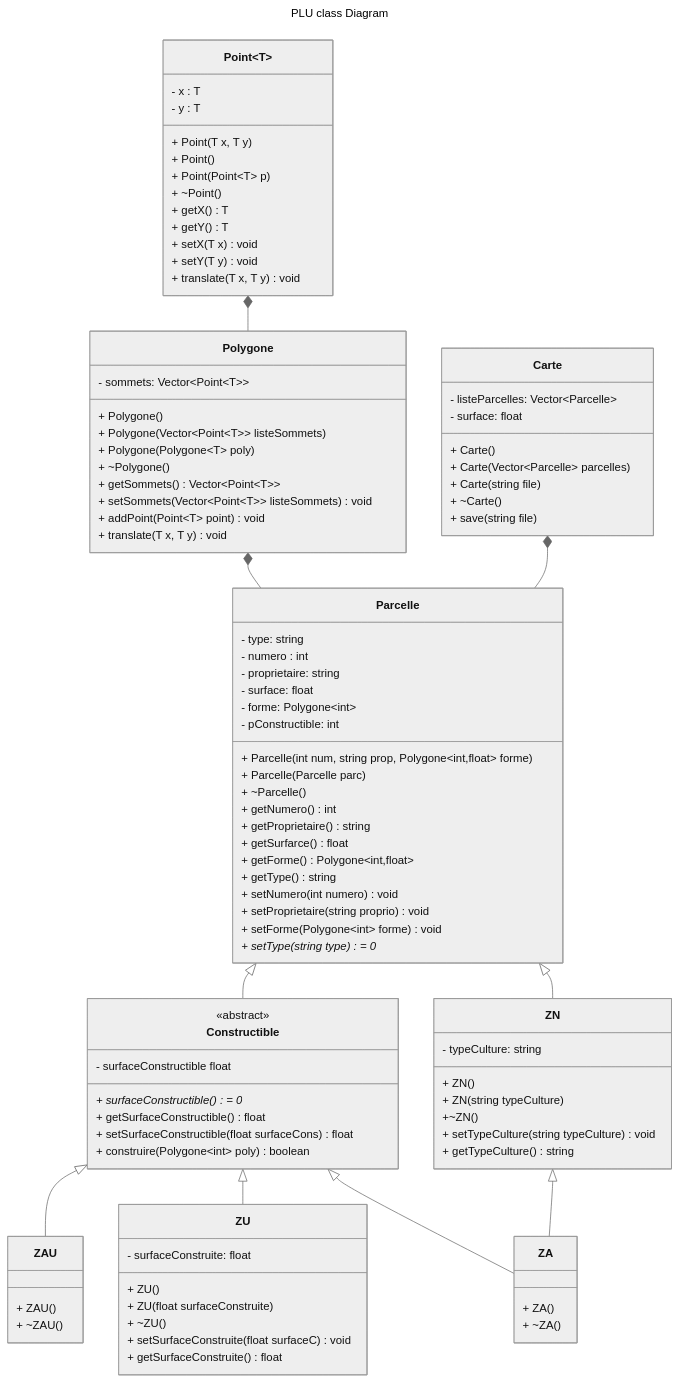
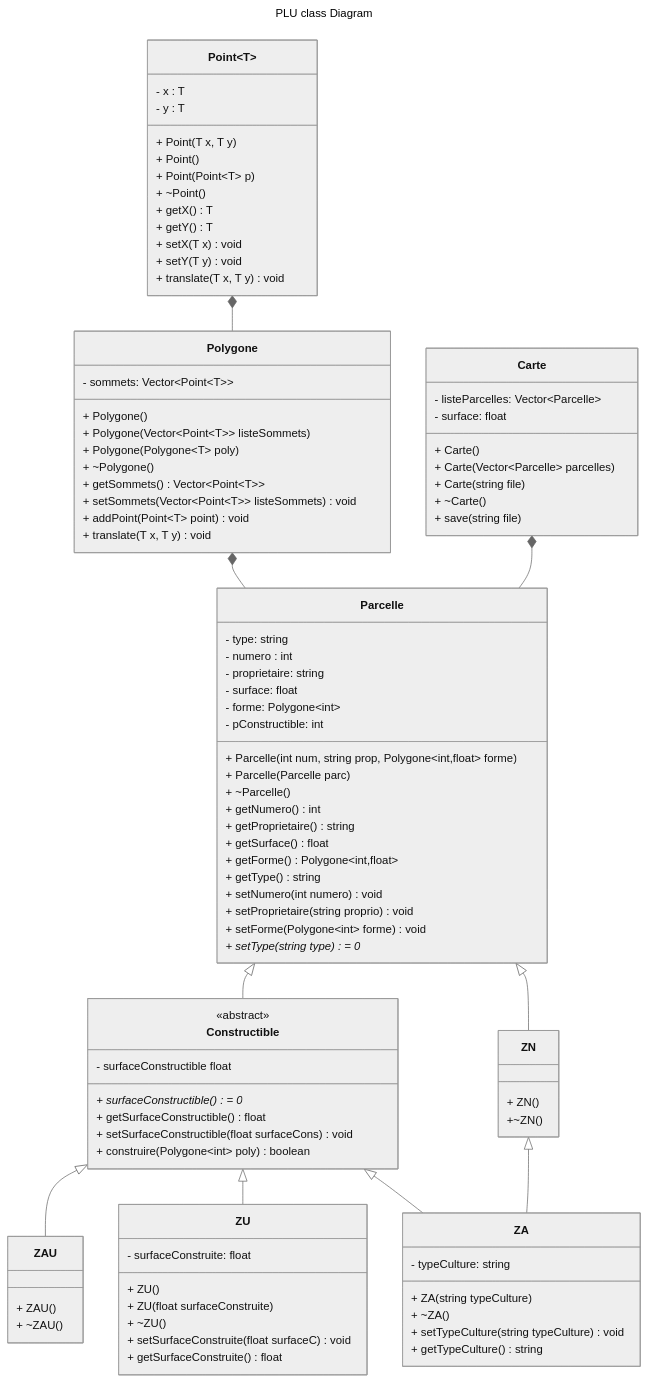
Before and after one commit to ECN-SEC-SMP/tp4-not-euge_anna_jack_nath: the diagram in README.md, drawn with Mermaid (neutral theme).

```diff
--- a/README.md
+++ b/README.md
@@ -78,7 +78,7 @@
         + ~Parcelle()
         + getNumero() int
         + getProprietaire() string
-        + getSurfarce() float
+        + getSurface() float
         + getForme() Polygone~int,float~
         + getType() string
         + setNumero(int numero) void
@@ -100,20 +100,19 @@
         - surfaceConstructible float
         + surfaceConstructible() = 0*
         + getSurfaceConstructible() float
-        + setSurfaceConstructible(float surfaceCons) float
+        + setSurfaceConstructible(float surfaceCons) void
         + construire(Polygone~int~ poly) boolean
     }
     class ZN {
+        + ZN()
+        +~ZN()
+    }
+    class ZA {
         - typeCulture: string
-        + ZN()
-        + ZN(string typeCulture)
-        +~ZN()
+        + ZA(string typeCulture)
+        + ~ZA()
         + setTypeCulture(string typeCulture) void
         + getTypeCulture() string
-    }
-    class ZA {
-        + ZA()
-        + ~ZA()
     }
     class ZU {
         - surfaceConstruite: float
```
